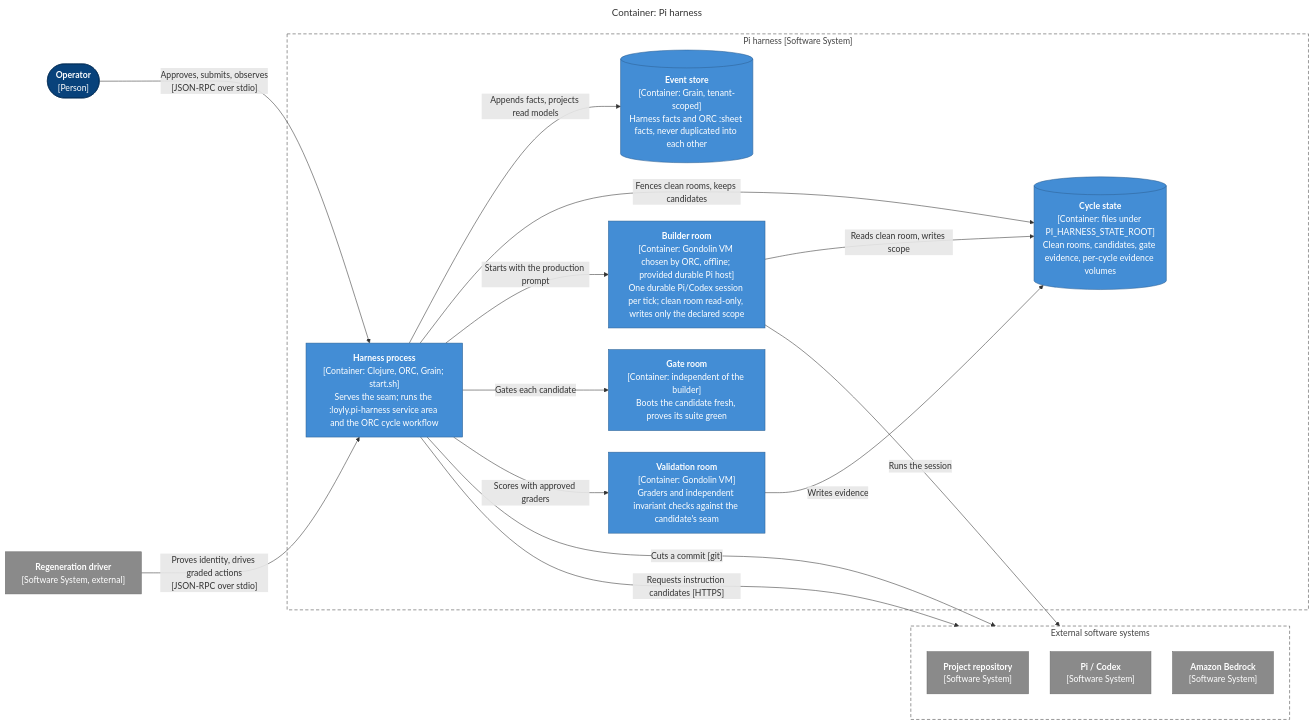
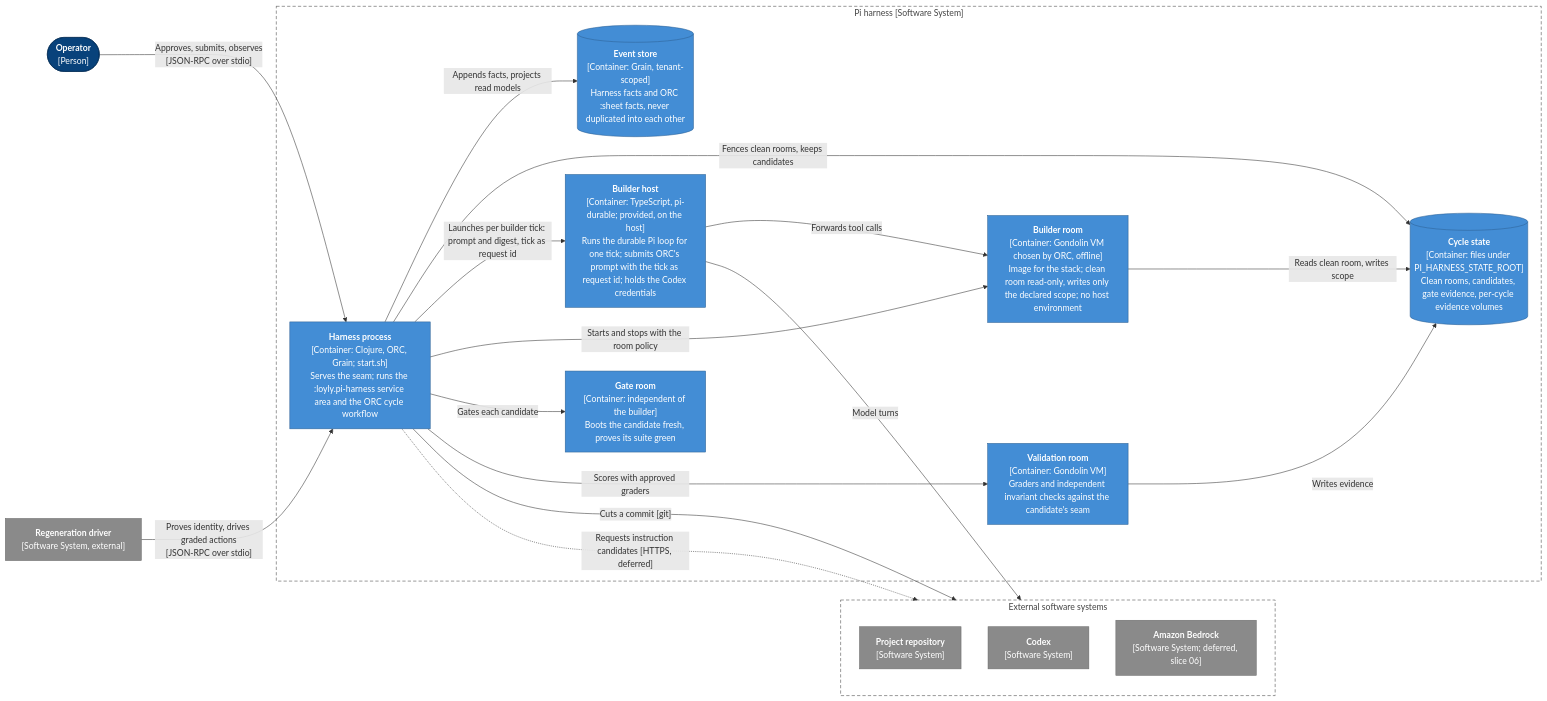
Before and after one commit to scope-impact/loyly: the second of 3 diagrams in .pi/architecture.md, drawn with Mermaid. The commit also changed other lines of this file and 2 other files, not shown here.

First line of the commit message:
Spec: ORC launches the durable builder, in the Grain model and the C4 views

````diff
--- a/.pi/architecture.md
+++ b/.pi/architecture.md
@@ -60,50 +60,50 @@
 ```mermaid
----
-title: "Container: Pi harness"
----
-%%{init: {"flowchart": {"wrappingWidth": 230, "nodeSpacing": 40, "rankSpacing": 70}}}%%
+
 flowchart LR
   operator(["<b>Operator</b><br/>[Person]"])
   driver["<b>Regeneration driver</b><br/>[Software System, external]"]
 
   subgraph h ["Pi harness [Software System]"]
     proc["<b>Harness process</b><br/>[Container: Clojure, ORC, Grain; start.sh]<br/>Serves the seam; runs the :loyly.pi-harness service area and the ORC cycle workflow"]
     events[("<b>Event store</b><br/>[Container: Grain, tenant-scoped]<br/>Harness facts and ORC :sheet facts, never duplicated into each other")]
     state[("<b>Cycle state</b><br/>[Container: files under PI_HARNESS_STATE_ROOT]<br/>Clean rooms, candidates, gate evidence, per-cycle evidence volumes")]
-    builder["<b>Builder room</b><br/>[Container: Gondolin VM chosen by ORC, offline; provided durable Pi host]<br/>One durable Pi/Codex session per tick; clean room read-only, writes only the declared scope"]
+    host["<b>Builder host</b><br/>[Container: TypeScript, pi-durable; provided, on the host]<br/>Runs the durable Pi loop for one tick; submits ORC's prompt with the tick as request id; holds the Codex credentials"]
+    builder["<b>Builder room</b><br/>[Container: Gondolin VM chosen by ORC, offline]<br/>Image for the stack; clean room read-only, writes only the declared scope; no host environment"]
     gate["<b>Gate room</b><br/>[Container: independent of the builder]<br/>Boots the candidate fresh, proves its suite green"]
     validator["<b>Validation room</b><br/>[Container: Gondolin VM]<br/>Graders and independent invariant checks against the candidate's seam"]
   end
 
   subgraph ext ["External software systems"]
     direction TB
     repo["<b>Project repository</b><br/>[Software System]"]
-    pi["<b>Pi / Codex</b><br/>[Software System]"]
-    bedrock["<b>Amazon Bedrock</b><br/>[Software System]"]
+    pi["<b>Codex</b><br/>[Software System]"]
+    bedrock["<b>Amazon Bedrock</b><br/>[Software System; deferred, slice 06]"]
   end
 
   operator -- "Approves, submits, observes<br/>[JSON-RPC over stdio]" --> proc
   driver -- "Proves identity, drives graded actions<br/>[JSON-RPC over stdio]" --> proc
   proc -- "Appends facts, projects read models" --> events
   proc -- "Cuts a commit [git]" --> repo
   proc -- "Fences clean rooms, keeps candidates" --> state
-  proc -- "Starts with the production prompt" --> builder
+  proc -- "Launches per builder tick: prompt and digest, tick as request id" --> host
+  proc -- "Starts and stops with the room policy" --> builder
   proc -- "Gates each candidate" --> gate
   proc -- "Scores with approved graders" --> validator
-  builder -- "Runs the session" --> pi
+  host -- "Model turns" --> pi
+  host -- "Forwards tool calls" --> builder
   builder -- "Reads clean room, writes scope" --> state
   validator -- "Writes evidence" --> state
-  proc -- "Requests instruction candidates [HTTPS]" --> bedrock
+  proc -. "Requests instruction candidates [HTTPS, deferred]" .-> bedrock
 
   class operator person
-  class proc,builder,gate,validator container
+  class proc,host,builder,gate,validator container
   class events,state container
   class driver,repo,pi,bedrock external
   class h,ext boundary
   classDef person fill:#08427b,stroke:#052e56,color:#fff
   classDef system fill:#1168bd,stroke:#0b4884,color:#fff
   classDef external fill:#8a8a8a,stroke:#6b6b6b,color:#fff
   classDef container fill:#438dd5,stroke:#2e6295,color:#fff
   classDef component fill:#85bbf0,stroke:#5d82a8,color:#000
   classDef boundary fill:none,stroke:#444,stroke-dasharray:6 4,color:#444
 ```
````
